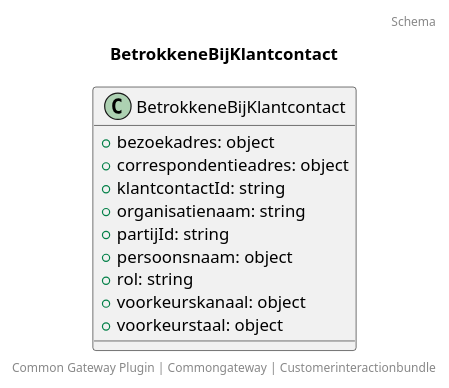
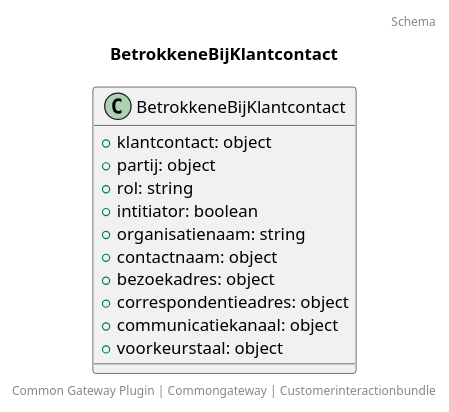
The diagram in docs/schema/klant.betrokkeneBijKlantcontact.puml (CommonGateway/CustomerInteractionBundle), drawn with PlantUML before and after one commit. The commit also changed 29 other files, not shown here.

```diff
--- a/docs/schema/klant.betrokkeneBijKlantcontact.puml
+++ b/docs/schema/klant.betrokkeneBijKlantcontact.puml
@@ -1,17 +1,18 @@
 @startuml
 title: BetrokkeneBijKlantcontact
 footer: Common Gateway Plugin | Commongateway | Customerinteractionbundle 
 header: Schema
 
 class BetrokkeneBijKlantcontact {
+  + klantcontact: object
+  + partij: object
+  + rol: string
+  + intitiator: boolean
+  + organisatienaam: string
+  + contactnaam: object
   + bezoekadres: object
   + correspondentieadres: object
-  + klantcontactId: string
-  + organisatienaam: string
-  + partijId: string
-  + persoonsnaam: object
-  + rol: string
-  + voorkeurskanaal: object
+  + communicatiekanaal: object
   + voorkeurstaal: object
 }
 @enduml
```
